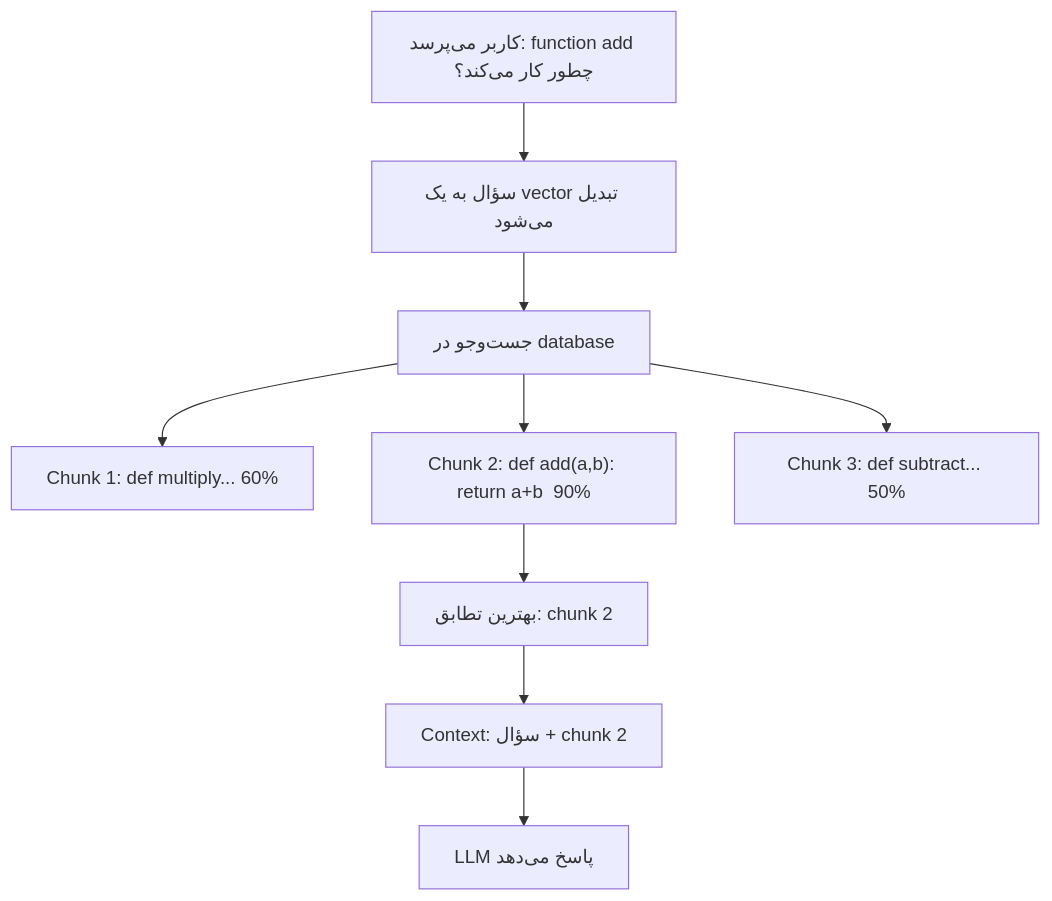
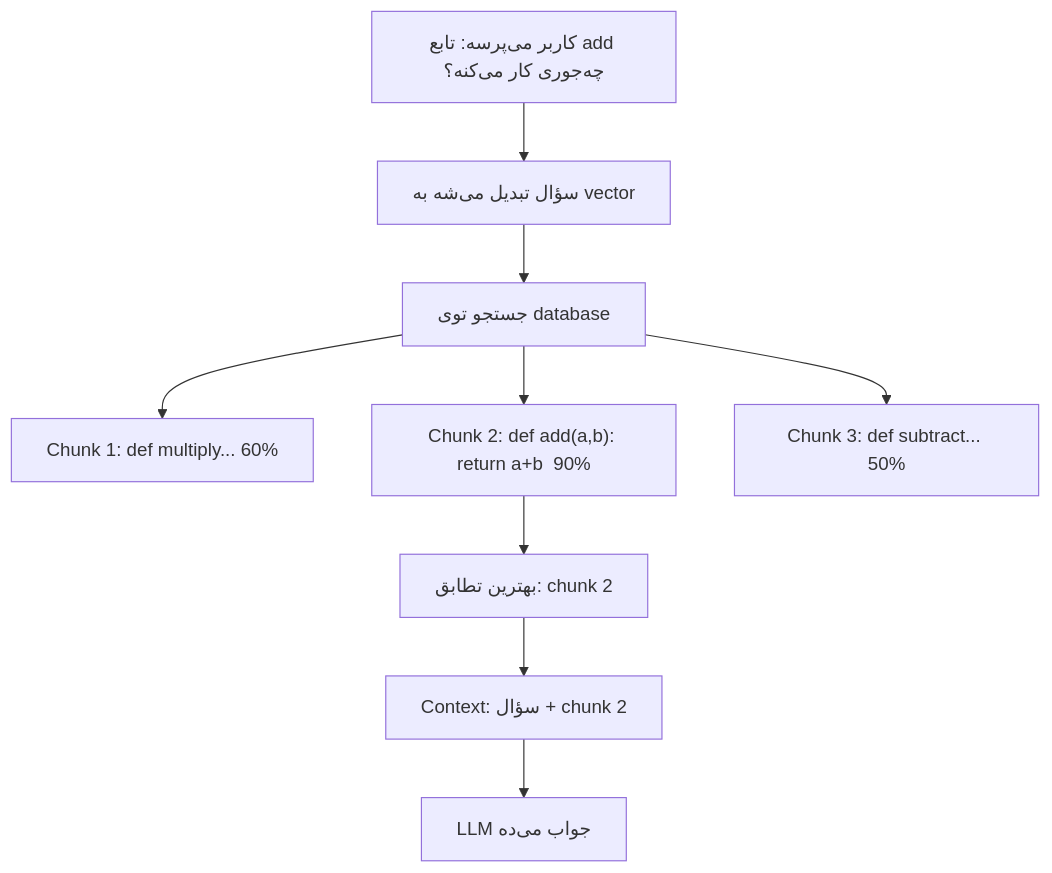
The fourth of 5 diagrams in mini-courses/1_fundamentals/rag_fa.md (lokumai/ai-engineering-bazaar), drawn with Mermaid before and after one commit. The commit also changed other lines of this file and 63 other files, not shown here.

````diff
--- a/mini-courses/1_fundamentals/rag_fa.md
+++ b/mini-courses/1_fundamentals/rag_fa.md
@@ -129,11 +123,11 @@
 ```mermaid
 graph TD
-    A["کاربر می‌پرسد: function add چطور کار می‌کند؟"] --> B["سؤال به یک vector تبدیل می‌شود"]
-    B --> C["جست‌وجو در database"]
+    A["کاربر می‌پرسه: تابع add چه‌جوری کار می‌کنه؟"] --> B["سؤال تبدیل می‌شه به vector"]
+    B --> C["جستجو توی database"]
     C --> D["Chunk 1: def multiply... 60%"]
     C --> E["Chunk 2: def add(a,b): return a+b  90%"]
     C --> F["Chunk 3: def subtract... 50%"]
     E --> G["بهترین تطابق: chunk 2"]
     G --> H["Context: سؤال + chunk 2"]
-    H --> I["LLM پاسخ می‌دهد"]
+    H --> I["LLM جواب می‌ده"]
 ```
````
